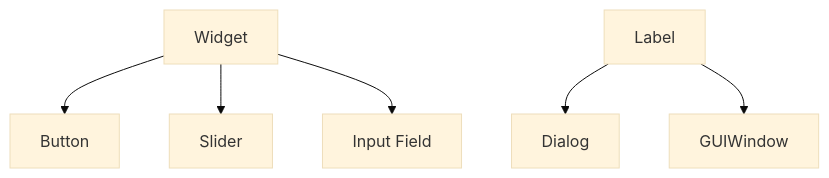
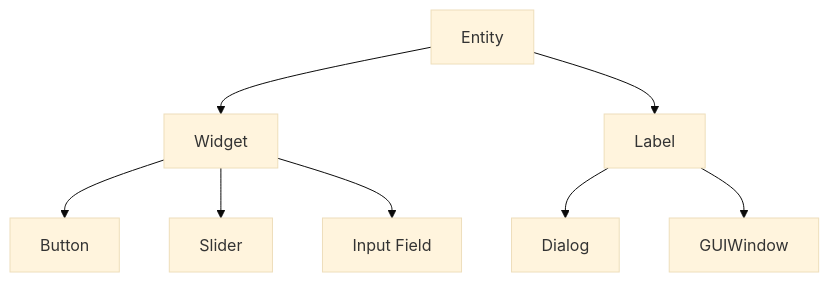
Before and after one commit to Condzi/TreeTycoon: the diagram in Docs/Engine/GUI.md, drawn with Mermaid (base theme).

Commit message:
include Entity in GUI diagram

````diff
--- a/Docs/Engine/GUI.md
+++ b/Docs/Engine/GUI.md
@@ -4,8 +4,10 @@
 ```mermaid
 graph TD
-0[Widget] --> 1[Button]
+-1[Entity] --> 0[Widget]
+0 --> 1[Button]
 0 --> 2[Slider]
 0 --> 3[Input Field]
-4[Label] --> 5[Dialog]
+-1 --> 4[Label] 
+4 --> 5[Dialog]
 4 --> 6[GUIWindow]
 ```
````
